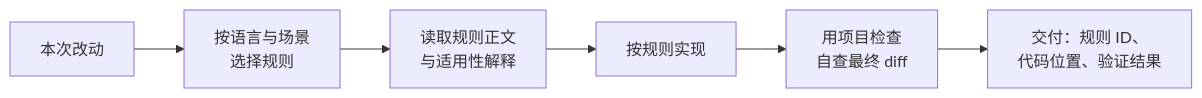
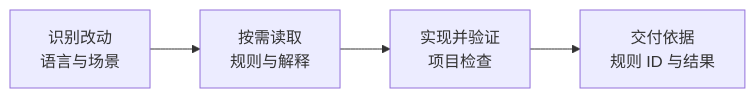
The diagram in README.md (yuhengqin/secure-coding-skill), drawn with Mermaid before and after one commit. The commit also changed 1 other file, not shown here.

Commit message:
docs: fit workflow diagram to GitHub README

````diff
--- a/README.md
+++ b/README.md
@@ -23,8 +23,6 @@
 ```mermaid
 flowchart LR
-    A["本次改动"] --> B["按语言与场景<br/>选择规则"]
-    B --> C["读取规则正文<br/>与适用性解释"]
-    C --> D["按规则实现"]
-    D --> E["用项目检查<br/>自查最终 diff"]
-    E --> F["交付：规则 ID、<br/>代码位置、验证结果"]
+    A["识别改动<br/>语言与场景"] --> B["按需读取<br/>规则与解释"]
+    B --> C["实现并验证<br/>项目检查"]
+    C --> D["交付依据<br/>规则 ID 与结果"]
 ```
````
